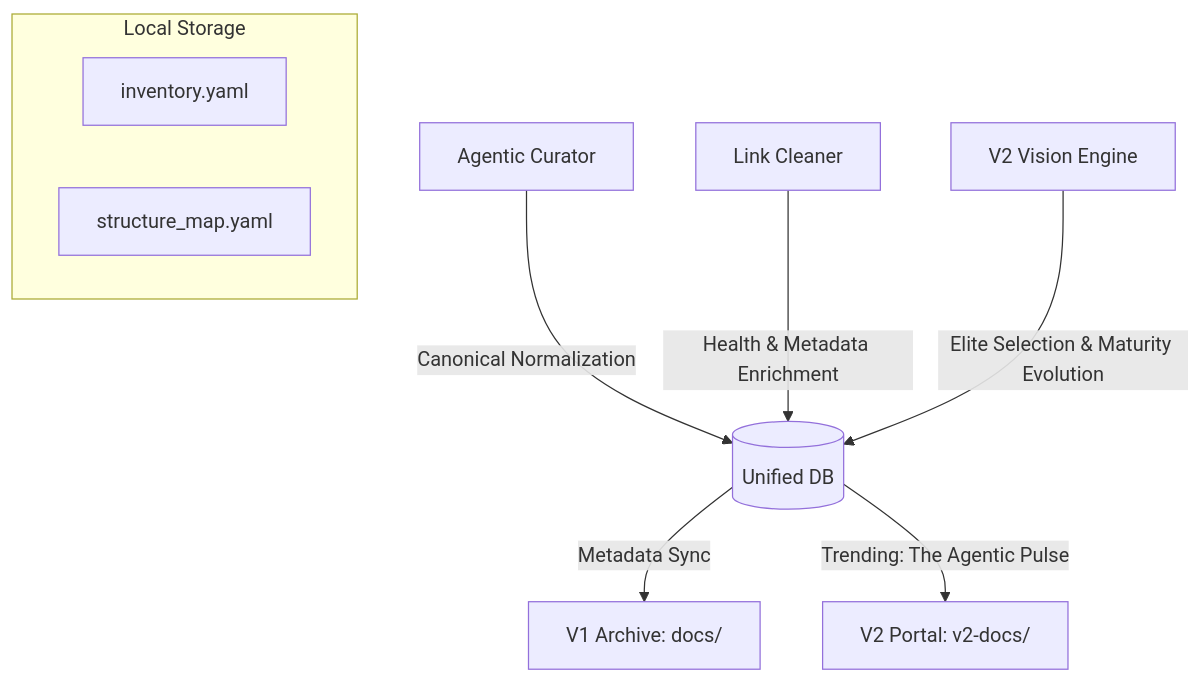
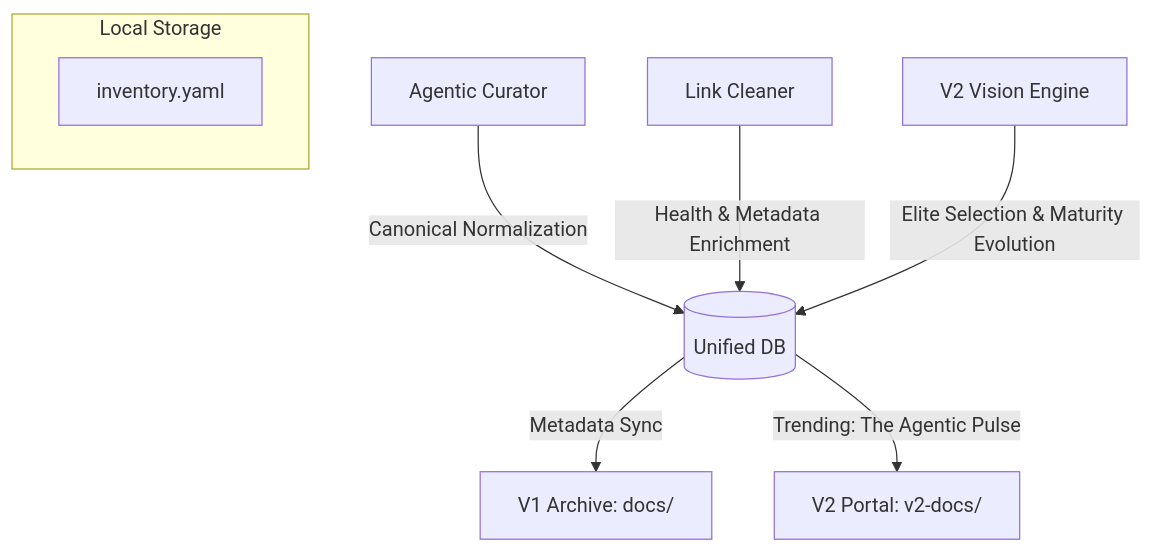
One commit to nubenetes/awesome-kubernetes changed the seventh of 9 diagrams in README.md. Above: the diagram before and after it, drawn with Mermaid. The commit also changed other lines of this file and 1 other file, not shown here.

````diff
--- a/README.md
+++ b/README.md
@@ -350,14 +459,13 @@
 ```mermaid
 graph TD
     AC[Agentic Curator] -->|Canonical Normalization| DB[(Unified DB)]
     LC[Link Cleaner] -->|Health & Metadata Enrichment| DB
     V2[V2 Vision Engine] -->|Elite Selection & Maturity Evolution| DB
     
     DB -->|Metadata Sync| V1[V1 Archive: docs/]
     DB -->|Trending: The Agentic Pulse| V2P[V2 Portal: v2-docs/]
     
     subgraph Local Storage
         DB1[inventory.yaml]
-        DB2[structure_map.yaml]
     end
 ```
````
